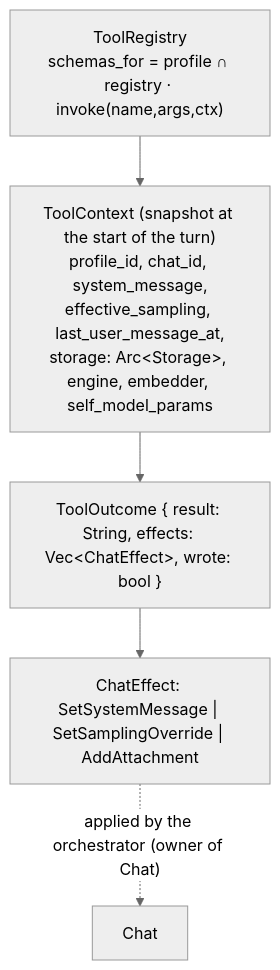
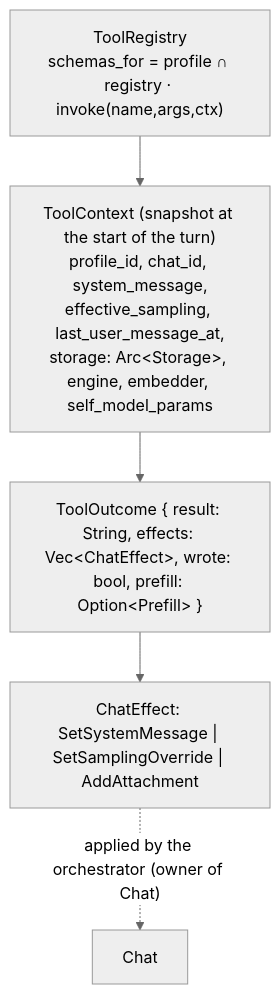
Before and after one commit to vshylov/mindfork-rs: the tenth of 17 diagrams in docs/architecture.md, drawn with Mermaid (neutral theme). The commit also changed other lines of this file and 18 other files, not shown here.

````diff
--- a/docs/architecture.md
+++ b/docs/architecture.md
@@ -1838,12 +1842,12 @@
 ```mermaid
 flowchart TB
     REG["ToolRegistry<br/>schemas_for = profile ∩ registry · invoke(name,args,ctx)"]
     CTX["ToolContext (snapshot at the start of the turn)<br/>profile_id, chat_id, system_message,<br/>effective_sampling, last_user_message_at,<br/>storage: Arc&lt;Storage&gt;, engine, embedder, self_model_params"]
-    OUT["ToolOutcome { result: String, effects: Vec&lt;ChatEffect&gt;, wrote: bool }"]
+    OUT["ToolOutcome { result: String, effects: Vec&lt;ChatEffect&gt;, wrote: bool, prefill: Option&lt;Prefill&gt; }"]
     EFF["ChatEffect: SetSystemMessage | SetSamplingOverride | AddAttachment"]
 
     REG --> CTX
     CTX --> OUT
     OUT --> EFF
     EFF -. "applied by the orchestrator (owner of Chat)" .-> ORCH["Chat"]
 ```
````
